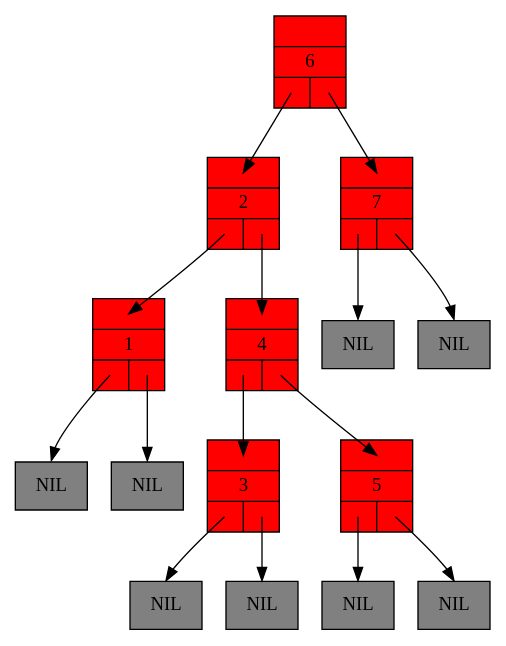
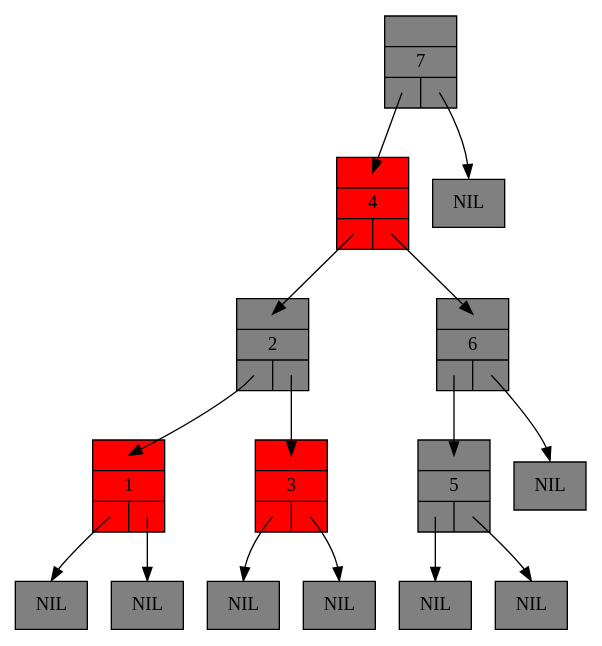
Before and after one commit to Ravemi987/Algo3: the diagram in TP/TP6/Code/redblacktree_0_rightrotateleftrotatedroot.dot, drawn with Graphviz. The commit also changed 22 other files, not shown here.

```diff
--- a/TP/TP6/Code/redblacktree_0_rightrotateleftrotatedroot.dot
+++ b/TP/TP6/Code/redblacktree_0_rightrotateleftrotatedroot.dot
@@ -1,35 +1,35 @@
 digraph RedBlackTree {
 	graph [ranksep =0.5];
 	node [shape = record];
 
 	n1 [style=filled, fillcolor=red, label="{{<parent>}|1|{<left>|<right>}}"];
 	lnil1 [style=filled, fillcolor=grey, label="NIL"];
 	n1:left:c -> lnil1:n [headclip=false, tailclip=false]
 	rnil1 [style=filled, fillcolor=grey, label="NIL"];
 	n1:right:c -> rnil1:n [headclip=false, tailclip=false]
-	n2 [style=filled, fillcolor=red, label="{{<parent>}|2|{<left>|<right>}}"];
+	n2 [style=filled, fillcolor=grey, label="{{<parent>}|2|{<left>|<right>}}"];
 	n2:left:c -> n1:parent:c [headclip=false, tailclip=false]
-	n2:right:c -> n4:parent:c [headclip=false, tailclip=false]
+	n2:right:c -> n3:parent:c [headclip=false, tailclip=false]
 	n3 [style=filled, fillcolor=red, label="{{<parent>}|3|{<left>|<right>}}"];
 	lnil3 [style=filled, fillcolor=grey, label="NIL"];
 	n3:left:c -> lnil3:n [headclip=false, tailclip=false]
 	rnil3 [style=filled, fillcolor=grey, label="NIL"];
 	n3:right:c -> rnil3:n [headclip=false, tailclip=false]
 	n4 [style=filled, fillcolor=red, label="{{<parent>}|4|{<left>|<right>}}"];
-	n4:left:c -> n3:parent:c [headclip=false, tailclip=false]
-	n4:right:c -> n5:parent:c [headclip=false, tailclip=false]
-	n5 [style=filled, fillcolor=red, label="{{<parent>}|5|{<left>|<right>}}"];
+	n4:left:c -> n2:parent:c [headclip=false, tailclip=false]
+	n4:right:c -> n6:parent:c [headclip=false, tailclip=false]
+	n5 [style=filled, fillcolor=grey, label="{{<parent>}|5|{<left>|<right>}}"];
 	lnil5 [style=filled, fillcolor=grey, label="NIL"];
 	n5:left:c -> lnil5:n [headclip=false, tailclip=false]
 	rnil5 [style=filled, fillcolor=grey, label="NIL"];
 	n5:right:c -> rnil5:n [headclip=false, tailclip=false]
-	n6 [style=filled, fillcolor=red, label="{{<parent>}|6|{<left>|<right>}}"];
-	n6:left:c -> n2:parent:c [headclip=false, tailclip=false]
-	n6:right:c -> n7:parent:c [headclip=false, tailclip=false]
-	n7 [style=filled, fillcolor=red, label="{{<parent>}|7|{<left>|<right>}}"];
-	lnil7 [style=filled, fillcolor=grey, label="NIL"];
-	n7:left:c -> lnil7:n [headclip=false, tailclip=false]
+	n6 [style=filled, fillcolor=grey, label="{{<parent>}|6|{<left>|<right>}}"];
+	n6:left:c -> n5:parent:c [headclip=false, tailclip=false]
+	rnil6 [style=filled, fillcolor=grey, label="NIL"];
+	n6:right:c -> rnil6:n [headclip=false, tailclip=false]
+	n7 [style=filled, fillcolor=grey, label="{{<parent>}|7|{<left>|<right>}}"];
+	n7:left:c -> n4:parent:c [headclip=false, tailclip=false]
 	rnil7 [style=filled, fillcolor=grey, label="NIL"];
 	n7:right:c -> rnil7:n [headclip=false, tailclip=false]
 
 }
```
